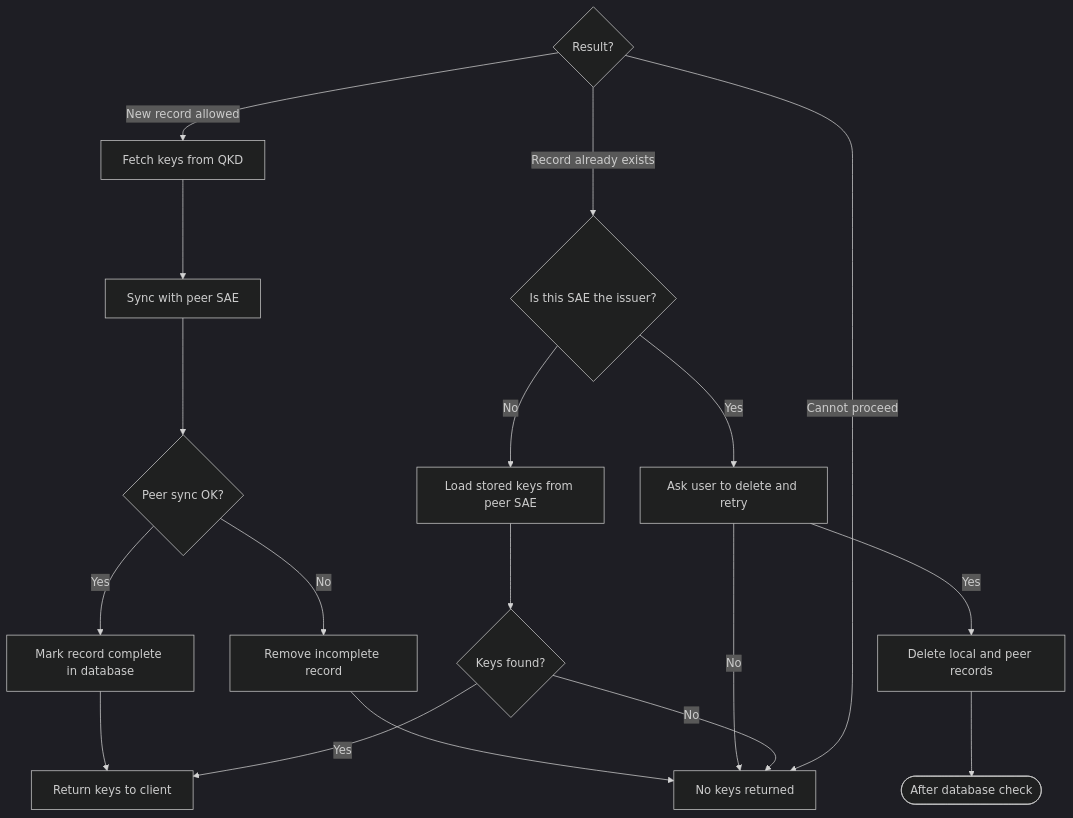
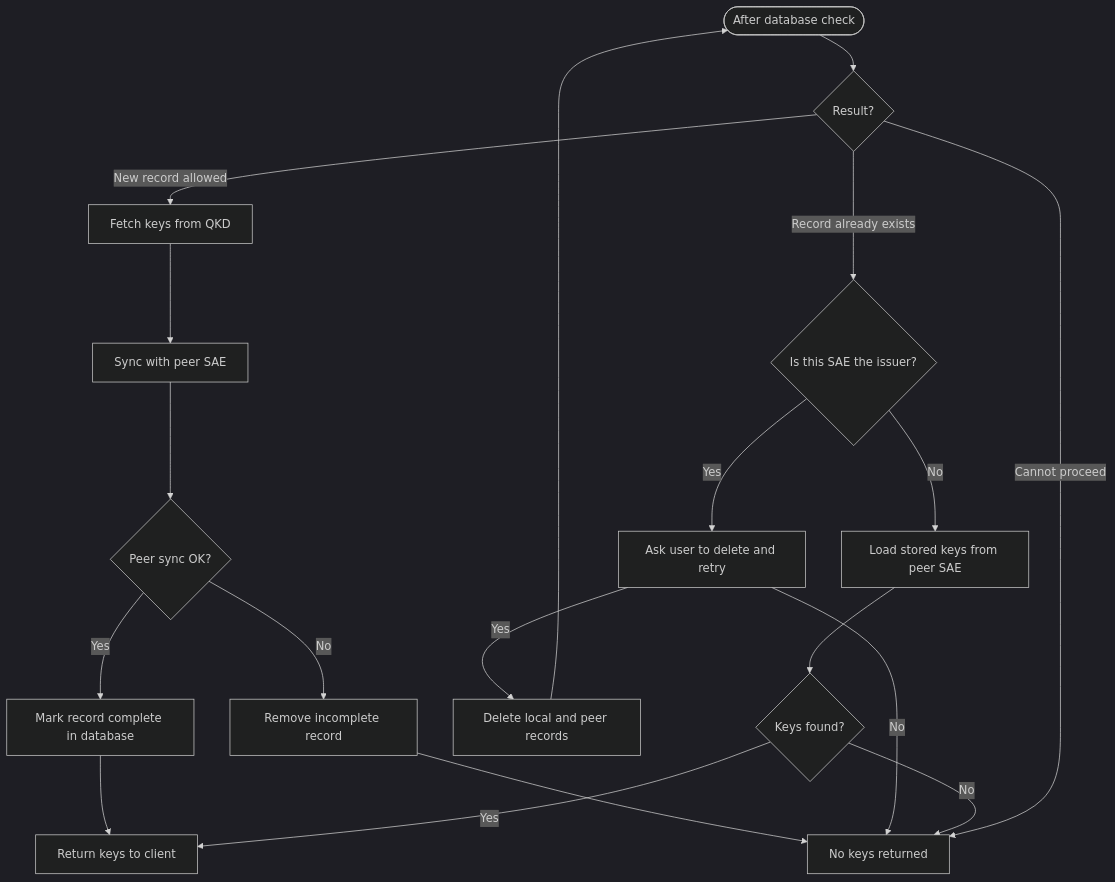
One commit to vonasmic/one-time-pad-keychain changed the fifth of 7 diagrams in JAVA_TLS_TEST/docs/FLOWCHARTS.md. Above: the diagram before and after it, drawn with Mermaid (dark theme). The commit also changed other lines of this file and 154 other files, not shown here.

````diff
--- a/JAVA_TLS_TEST/docs/FLOWCHARTS.md
+++ b/JAVA_TLS_TEST/docs/FLOWCHARTS.md
@@ -157,26 +158,28 @@
 ```mermaid
 flowchart TD
     Start([After database check])
     Result{Result?}
+
+    Start --> Result
 
     Result -->|New record allowed| FetchQKD[Fetch keys from QKD]
     FetchQKD --> SyncPeer[Sync with peer SAE]
     SyncPeer --> PeerOK{Peer sync OK?}
     PeerOK -->|Yes| MarkComplete[Mark record complete in database]
     MarkComplete --> ReturnKeys[Return keys to client]
     PeerOK -->|No| Rollback[Remove incomplete record]
     Rollback --> NoKeys[No keys returned]
 
     Result -->|Record already exists| Issuer{Is this SAE the issuer?}
     Issuer -->|Yes| AskUser[Ask user to delete and retry]
     AskUser -->|Yes| DeleteAll[Delete local and peer records]
     DeleteAll --> Start
     AskUser -->|No| NoKeys
 
     Issuer -->|No| LoadStored[Load stored keys from peer SAE]
     LoadStored --> Found{Keys found?}
     Found -->|Yes| ReturnKeys
     Found -->|No| NoKeys
 
     Result -->|Cannot proceed| NoKeys
 ```
````
